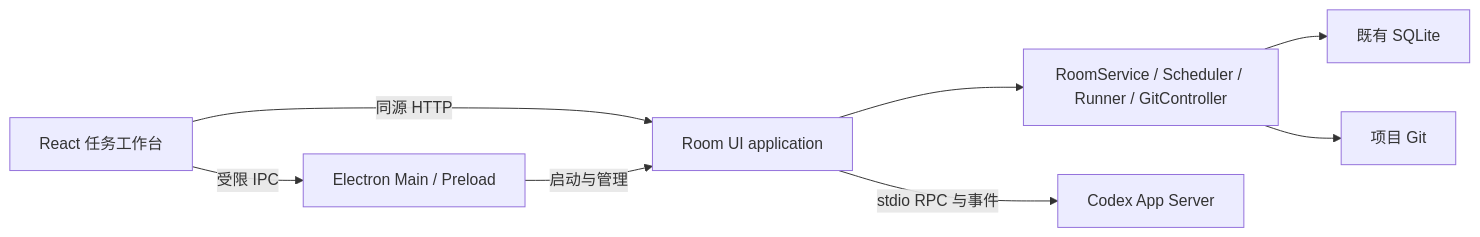
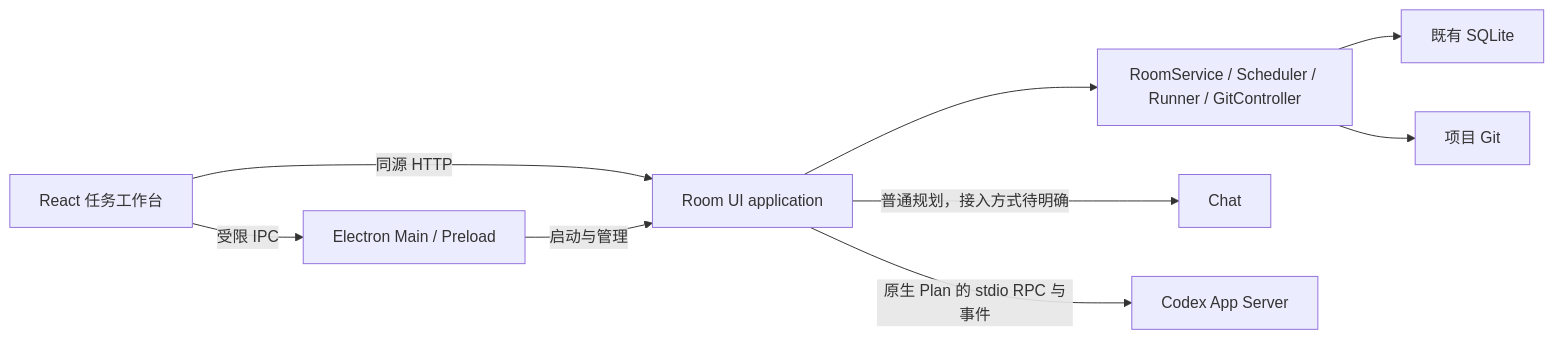
One commit to Reminnd/coding-room changed the diagram in docs/documents/ADR/0007-electron-task-workbench.md. Above: the diagram before and after it, drawn with Mermaid. The commit also changed other lines of this file and 130 other files, not shown here.

````diff
--- a/docs/documents/ADR/0007-electron-task-workbench.md
+++ b/docs/documents/ADR/0007-electron-task-workbench.md
@@ -78,10 +112,11 @@
 ```mermaid
 flowchart LR
   UI[React 任务工作台] -->|受限 IPC| Desktop[Electron Main / Preload]
   UI -->|同源 HTTP| API[Room UI application]
   Desktop -->|启动与管理| API
   API --> Room[RoomService / Scheduler / Runner / GitController]
   Room --> DB[既有 SQLite]
   Room --> Git[项目 Git]
-  API -->|stdio RPC 与事件| Codex[Codex App Server]
+  API -->|普通规划，接入方式待明确| Chat[Chat]
+  API -->|原生 Plan 的 stdio RPC 与事件| Codex[Codex App Server]
 ```
````
